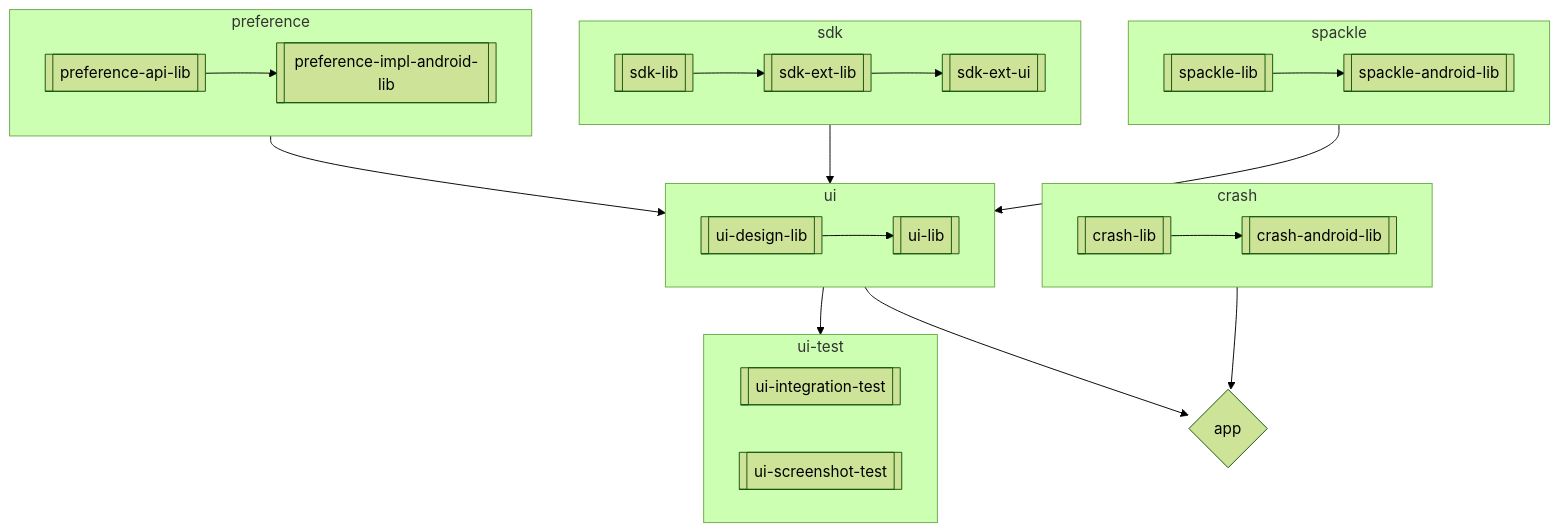
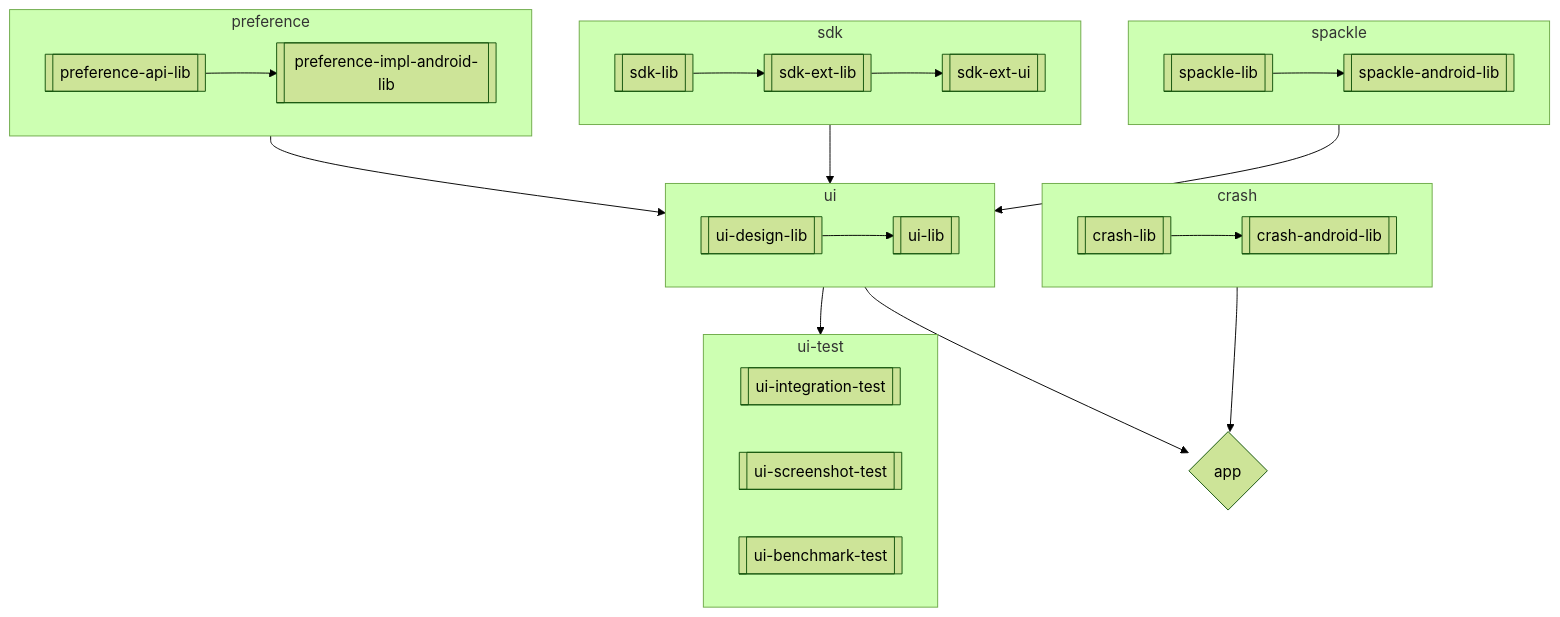
The diagram in docs/Architecture.md (Electric-Coin-Company/zashi-android), drawn with Mermaid (forest theme) before and after one commit. The commit also changed other lines of this file and 12 other files, not shown here.

````diff
--- a/docs/Architecture.md
+++ b/docs/Architecture.md
@@ -52,39 +53,40 @@
 ```mermaid
   flowchart TB;
       subgraph sdk
           sdkLib[[sdk-lib]];
           sdkExtLib[[sdk-ext-lib]];
           sdkExtUi[[sdk-ext-ui]];
       end
       sdkLib[[sdk-lib]] --> sdkExtLib[[sdk-ext-lib]] --> sdkExtUi[[sdk-ext-ui]];
       subgraph preference
           preferenceApiLib[[preference-api-lib]];
           preferenceImplAndroidLib[[preference-impl-android-lib]];
       end
       preferenceApiLib[[preference-api-lib]] --> preferenceImplAndroidLib[[preference-impl-android-lib]];
       subgraph crash
           crashLib[[crash-lib]];
           crashAndroidLib[[crash-android-lib]];
       end
       crashLib[[crash-lib]] --> crashAndroidLib[[crash-android-lib]];
       subgraph ui
           uiDesignLib[[ui-design-lib]];
           uiLib[[ui-lib]];
       end
       uiDesignLib[[ui-design-lib]] --> uiLib[[ui-lib]];
       subgraph ui-test
           uiIntegrationTest[[ui-integration-test]];
           uiScreenshotTest[[ui-screenshot-test]];
+          uiBenchmarkTest[[ui-benchmark-test]];
       end
       subgraph spackle
           spackleLib[[spackle-lib]];
           spackleAndroidLib[[spackle-android-lib]];
       end
       spackleLib[[spackle-lib]] --> spackleAndroidLib[[spackle-android-lib]];
       preference --> ui[[ui]];
       sdk --> ui[[ui]];
       spackle[[spackle]] --> ui[[ui]];
       ui[[ui]] --> ui-test[[ui-test]]; 
       ui[[ui]] --> app{app};
       crash[[crash]] --> app{app};
 ```
````
